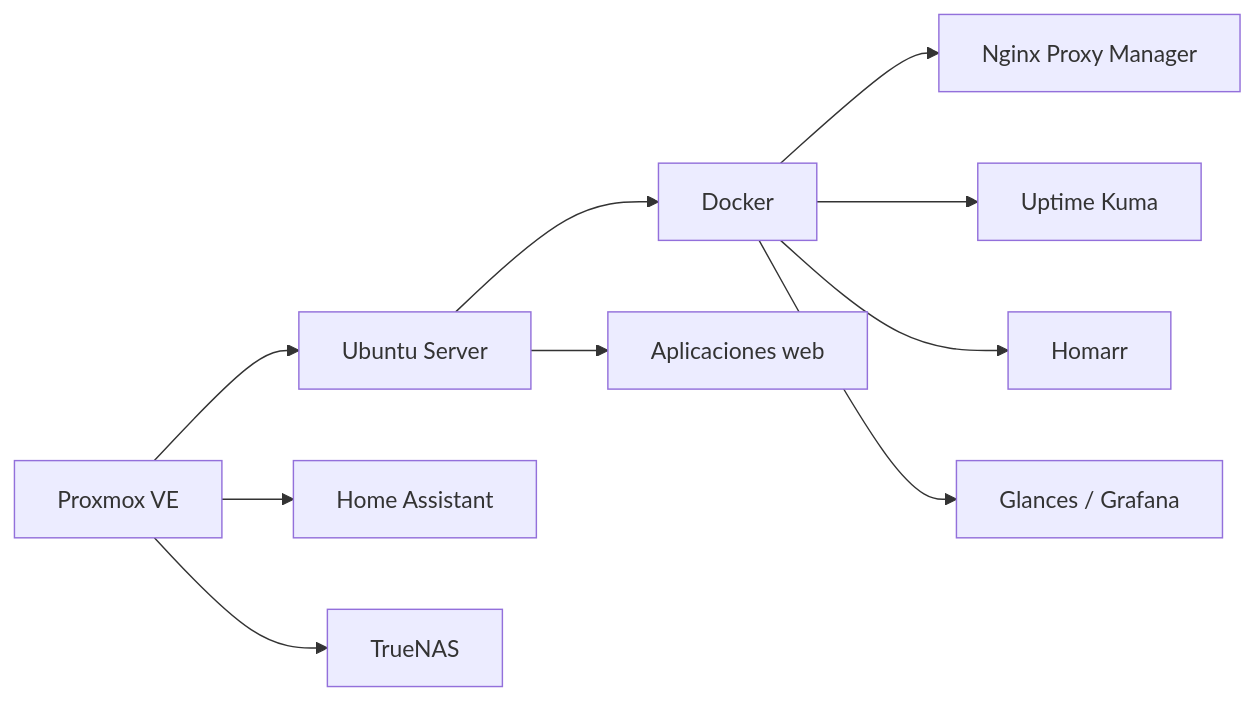
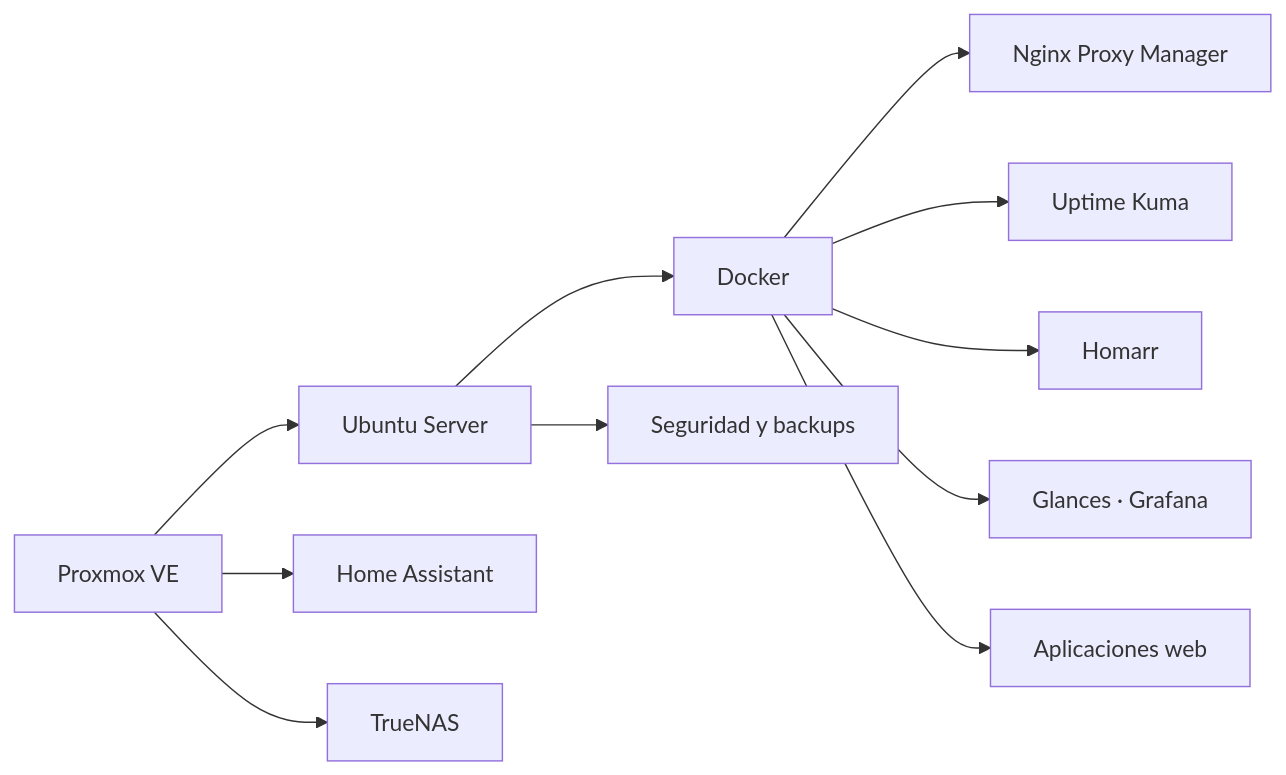
One commit to poto212/poto212 changed the diagram in README.md. Above: the diagram before and after it, drawn with Mermaid. The commit also changed other lines of this file, not shown here.

````diff
--- a/README.md
+++ b/README.md
@@ -134,12 +137,13 @@
 ```mermaid
 flowchart LR
     P[Proxmox VE] --> U[Ubuntu Server]
     P --> HA[Home Assistant]
     P --> NAS[TrueNAS]
     U --> D[Docker]
     D --> N[Nginx Proxy Manager]
     D --> K[Uptime Kuma]
     D --> H[Homarr]
-    D --> G[Glances / Grafana]
-    U --> S[Aplicaciones web]
+    D --> O[Glances · Grafana]
+    D --> A[Aplicaciones web]
+    U --> S[Seguridad y backups]
 ```
````
